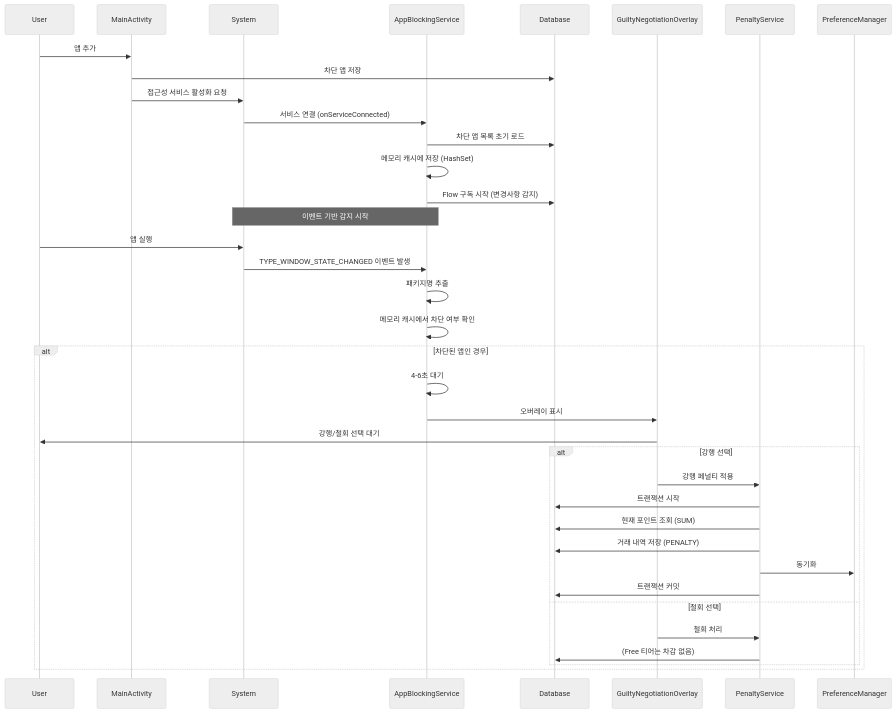
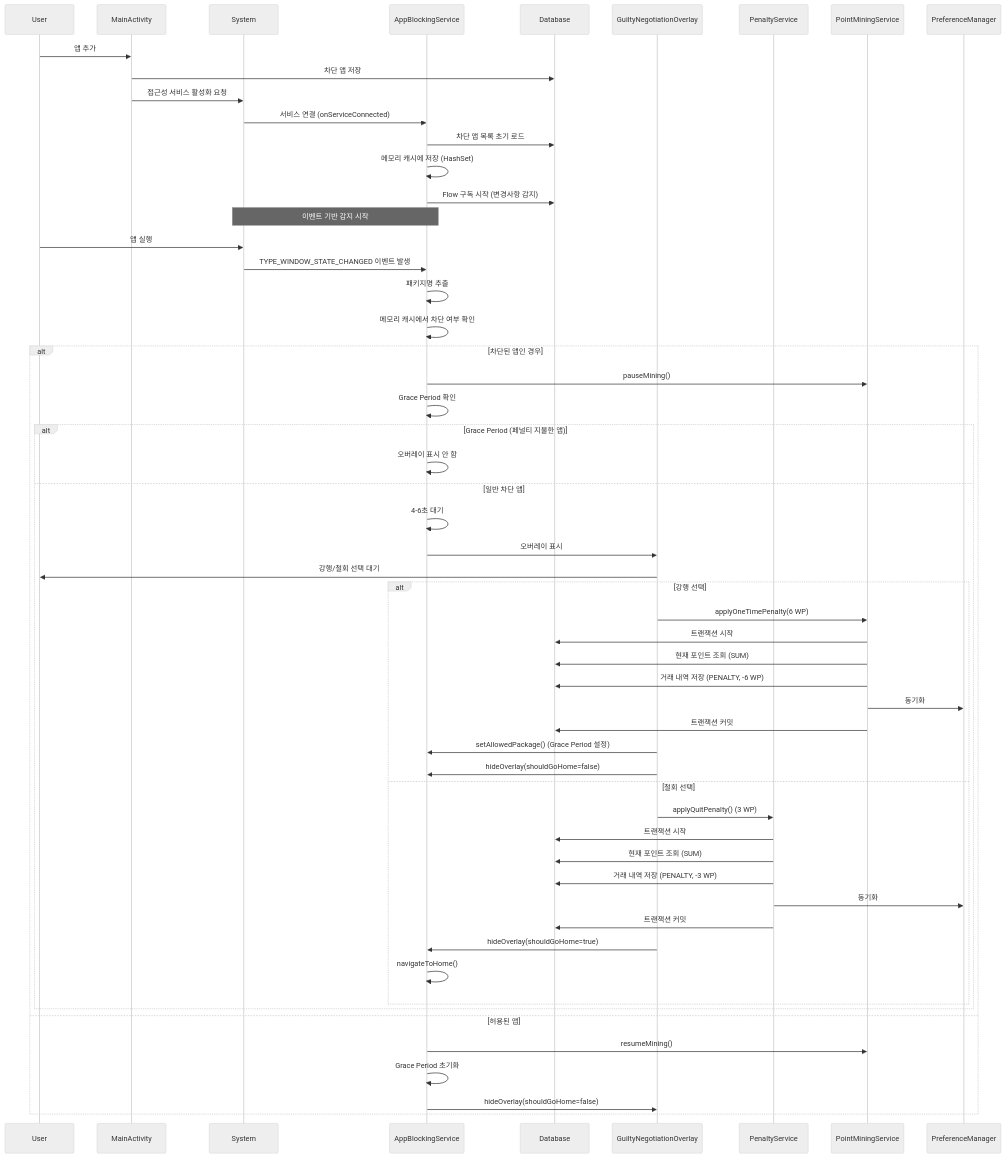
Before and after one commit to KDG12054345/koko: the first of 6 diagrams in ARCHITECTURE.md, drawn with Mermaid (neutral theme). The commit also changed other lines of this file and 28 other files, not shown here.

````diff
--- a/ARCHITECTURE.md
+++ b/ARCHITECTURE.md
@@ -124,44 +134,63 @@
 ```mermaid
 sequenceDiagram
     participant User
     participant MainActivity
     participant System
     participant AppBlockingService
     participant Database
     participant GuiltyNegotiationOverlay
     participant PenaltyService
 
     User->>MainActivity: 앱 추가
     MainActivity->>Database: 차단 앱 저장
     MainActivity->>System: 접근성 서비스 활성화 요청
     
     System->>AppBlockingService: 서비스 연결 (onServiceConnected)
     AppBlockingService->>Database: 차단 앱 목록 초기 로드
     AppBlockingService->>AppBlockingService: 메모리 캐시에 저장 (HashSet)
     AppBlockingService->>Database: Flow 구독 시작 (변경사항 감지)
     
     Note over System,AppBlockingService: 이벤트 기반 감지 시작
     
     User->>System: 앱 실행
     System->>AppBlockingService: TYPE_WINDOW_STATE_CHANGED 이벤트 발생
     AppBlockingService->>AppBlockingService: 패키지명 추출
     AppBlockingService->>AppBlockingService: 메모리 캐시에서 차단 여부 확인
     
     alt 차단된 앱인 경우
-        AppBlockingService->>AppBlockingService: 4-6초 대기
-        AppBlockingService->>GuiltyNegotiationOverlay: 오버레이 표시
-        GuiltyNegotiationOverlay->>User: 강행/철회 선택 대기
+        AppBlockingService->>PointMiningService: pauseMining()
+        AppBlockingService->>AppBlockingService: Grace Period 확인
         
-        alt 강행 선택
-            GuiltyNegotiationOverlay->>PenaltyService: 강행 페널티 적용
-            PenaltyService->>Database: 트랜잭션 시작
-            PenaltyService->>Database: 현재 포인트 조회 (SUM)
-            PenaltyService->>Database: 거래 내역 저장 (PENALTY)
-            PenaltyService->>PreferenceManager: 동기화
-            PenaltyService->>Database: 트랜잭션 커밋
-        else 철회 선택
-            GuiltyNegotiationOverlay->>PenaltyService: 철회 처리
-            PenaltyService->>Database: (Free 티어는 차감 없음)
+        alt Grace Period (페널티 지불한 앱)
+            AppBlockingService->>AppBlockingService: 오버레이 표시 안 함
+        else 일반 차단 앱
+            AppBlockingService->>AppBlockingService: 4-6초 대기
+            AppBlockingService->>GuiltyNegotiationOverlay: 오버레이 표시
+            GuiltyNegotiationOverlay->>User: 강행/철회 선택 대기
+            
+            alt 강행 선택
+                GuiltyNegotiationOverlay->>PointMiningService: applyOneTimePenalty(6 WP)
+                PointMiningService->>Database: 트랜잭션 시작
+                PointMiningService->>Database: 현재 포인트 조회 (SUM)
+                PointMiningService->>Database: 거래 내역 저장 (PENALTY, -6 WP)
+                PointMiningService->>PreferenceManager: 동기화
+                PointMiningService->>Database: 트랜잭션 커밋
+                GuiltyNegotiationOverlay->>AppBlockingService: setAllowedPackage() (Grace Period 설정)
+                GuiltyNegotiationOverlay->>AppBlockingService: hideOverlay(shouldGoHome=false)
+            else 철회 선택
+                GuiltyNegotiationOverlay->>PenaltyService: applyQuitPenalty() (3 WP)
+                PenaltyService->>Database: 트랜잭션 시작
+                PenaltyService->>Database: 현재 포인트 조회 (SUM)
+                PenaltyService->>Database: 거래 내역 저장 (PENALTY, -3 WP)
+                PenaltyService->>PreferenceManager: 동기화
+                PenaltyService->>Database: 트랜잭션 커밋
+                GuiltyNegotiationOverlay->>AppBlockingService: hideOverlay(shouldGoHome=true)
+                AppBlockingService->>AppBlockingService: navigateToHome()
+            end
         end
+    else 허용된 앱
+        AppBlockingService->>PointMiningService: resumeMining()
+        AppBlockingService->>AppBlockingService: Grace Period 초기화
+        AppBlockingService->>GuiltyNegotiationOverlay: hideOverlay(shouldGoHome=false)
     end
 ```
````
